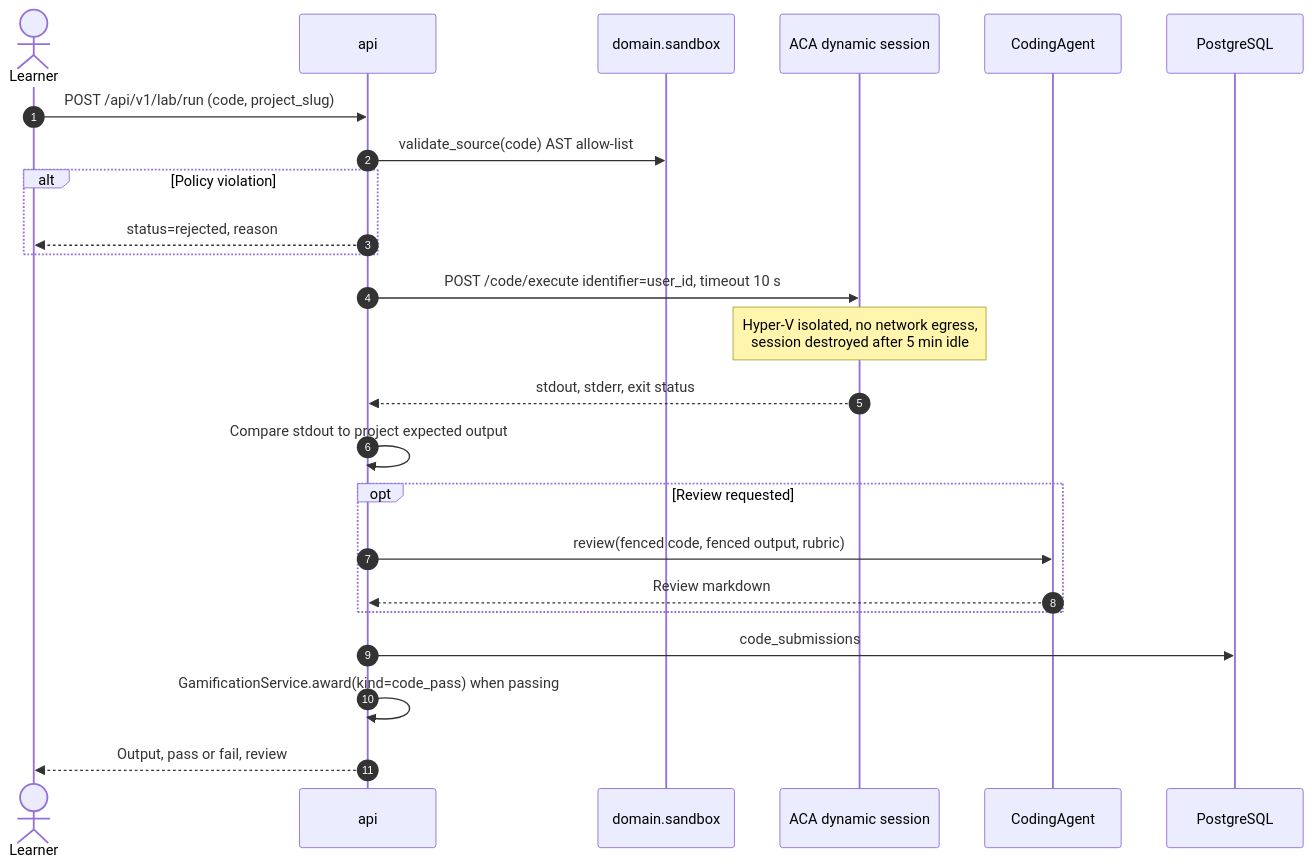
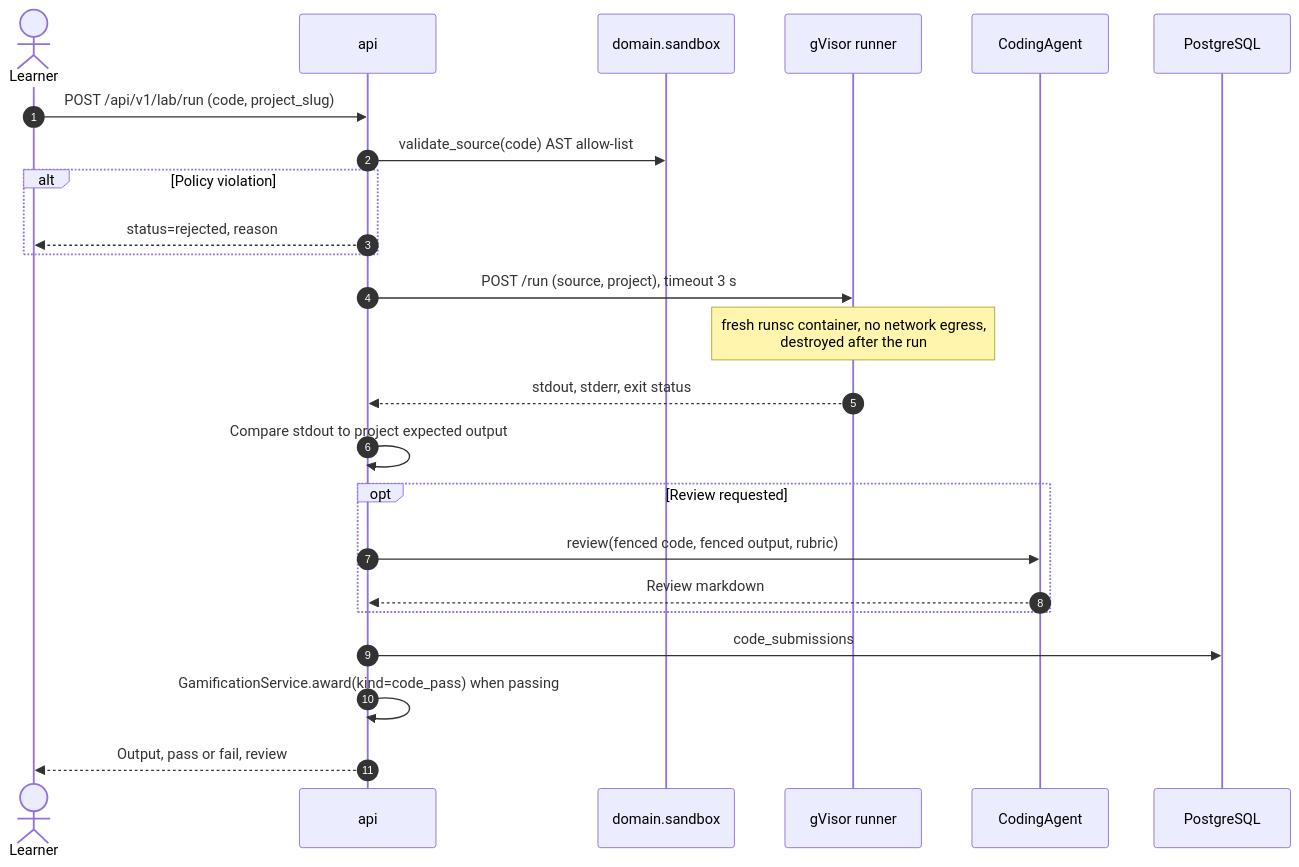
One commit to Nditah/AI-Mentor changed the tenth of 31 diagrams in docs/SystemArchitecture.md. Above: the diagram before and after it, drawn with Mermaid. The commit also changed other lines of this file and 333 other files, not shown here.

````diff
--- a/docs/SystemArchitecture.md
+++ b/docs/SystemArchitecture.md
@@ -593,27 +595,27 @@
 ```mermaid
 sequenceDiagram
     autonumber
     actor L as Learner
     participant API as api
     participant P as domain.sandbox
-    participant S as ACA dynamic session
+    participant S as gVisor runner
     participant CA as CodingAgent
     participant DB as PostgreSQL
 
     L->>API: POST /api/v1/lab/run (code, project_slug)
     API->>P: validate_source(code) AST allow-list
     alt Policy violation
         API-->>L: status=rejected, reason
     end
-    API->>S: POST /code/execute identifier=user_id, timeout 10 s
-    Note over S: Hyper-V isolated, no network egress,<br/>session destroyed after 5 min idle
+    API->>S: POST /run (source, project), timeout 3 s
+    Note over S: fresh runsc container, no network egress,<br/>destroyed after the run
     S-->>API: stdout, stderr, exit status
     API->>API: Compare stdout to project expected output
     opt Review requested
         API->>CA: review(fenced code, fenced output, rubric)
         CA-->>API: Review markdown
     end
     API->>DB: code_submissions
     API->>API: GamificationService.award(kind=code_pass) when passing
     API-->>L: Output, pass or fail, review
 ```
````
